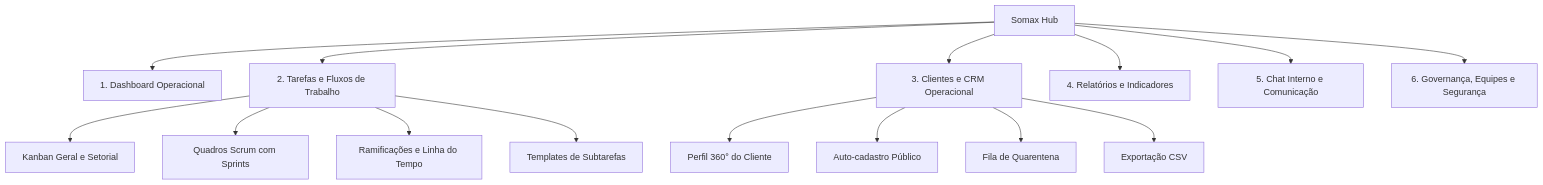
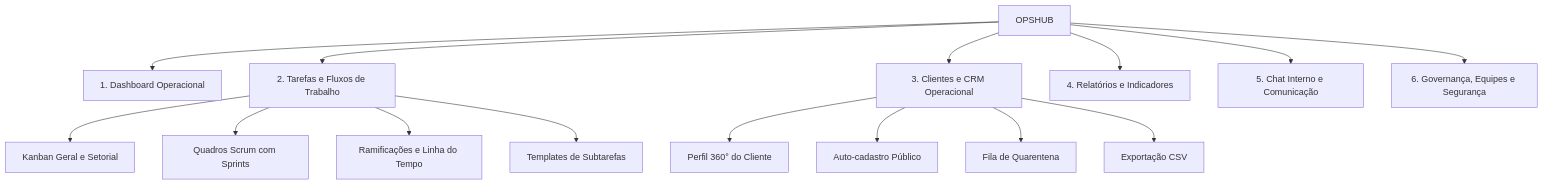
The first of 2 diagrams in RELATORIO_DO_SISTEMA.md (gideony/ops-hub), drawn with Mermaid before and after one commit. The commit also changed other lines of this file and 59 other files, not shown here.

````diff
--- a/RELATORIO_DO_SISTEMA.md
+++ b/RELATORIO_DO_SISTEMA.md
@@ -28,19 +28,19 @@
 ```mermaid
 flowchart TD
-    HUB["Somax Hub"] --> DASH["1. Dashboard Operacional"]
+    HUB["OPSHUB"] --> DASH["1. Dashboard Operacional"]
     HUB --> TASKS["2. Tarefas e Fluxos de Trabalho"]
     HUB --> CLIENTS["3. Clientes e CRM Operacional"]
     HUB --> REPORTS["4. Relatórios e Indicadores"]
     HUB --> CHAT["5. Chat Interno e Comunicação"]
     HUB --> ADMIN["6. Governança, Equipes e Segurança"]
 
     TASKS --> KANBAN["Kanban Geral e Setorial"]
     TASKS --> SCRUM["Quadros Scrum com Sprints"]
     TASKS --> BRANCH["Ramificações e Linha do Tempo"]
     TASKS --> TEMPLATES["Templates de Subtarefas"]
 
     CLIENTS --> PROFILE["Perfil 360° do Cliente"]
     CLIENTS --> AUTOREG["Auto-cadastro Público"]
     CLIENTS --> QUARANTINE["Fila de Quarentena"]
     CLIENTS --> EXPORT["Exportação CSV"]
 ```
````
